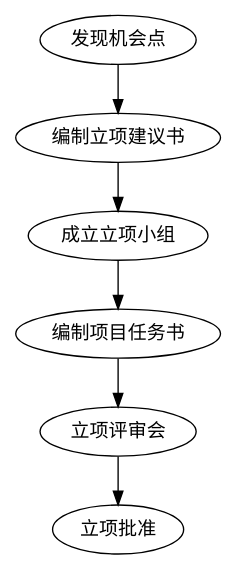
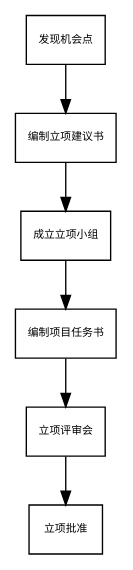
The diagram in source/work/lp/asset/立项流程图.rst (cruiurc/cruiurc.github.io), drawn with Graphviz before and after one commit. The commit also changed 1 other file, not shown here.

Commit message:
test push script

```diff
--- a/source/work/lp/asset/立项流程图.rst
+++ b/source/work/lp/asset/立项流程图.rst
@@ -4,9 +4,17 @@
 .. graphviz::
 
     digraph 立项{
+      {
+        发现机会点 [shape=box fontsize=8];
+        编制立项建议书 [shape=box fontsize=8];
+        成立立项小组 [shape=box fontsize=8];
+        编制项目任务书 [shape=box fontsize=8];
+        立项评审会 [shape=box fontsize=8];
+        立项批准 [shape=box fontsize=8];
+      }
         发现机会点 -> 编制立项建议书;
         编制立项建议书 -> 成立立项小组;
         成立立项小组 -> 编制项目任务书;
         编制项目任务书 -> 立项评审会;
         立项评审会 -> 立项批准;
     }
```
